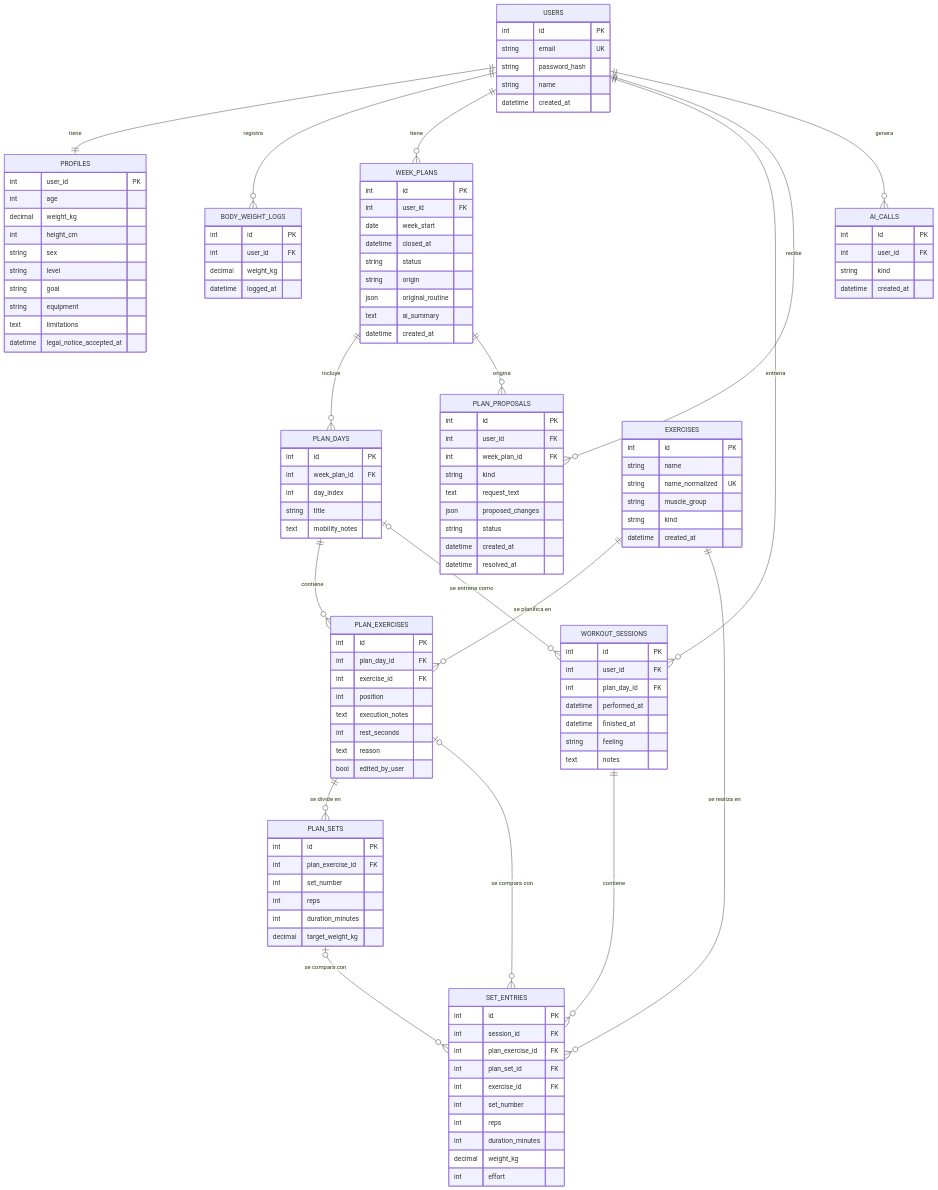
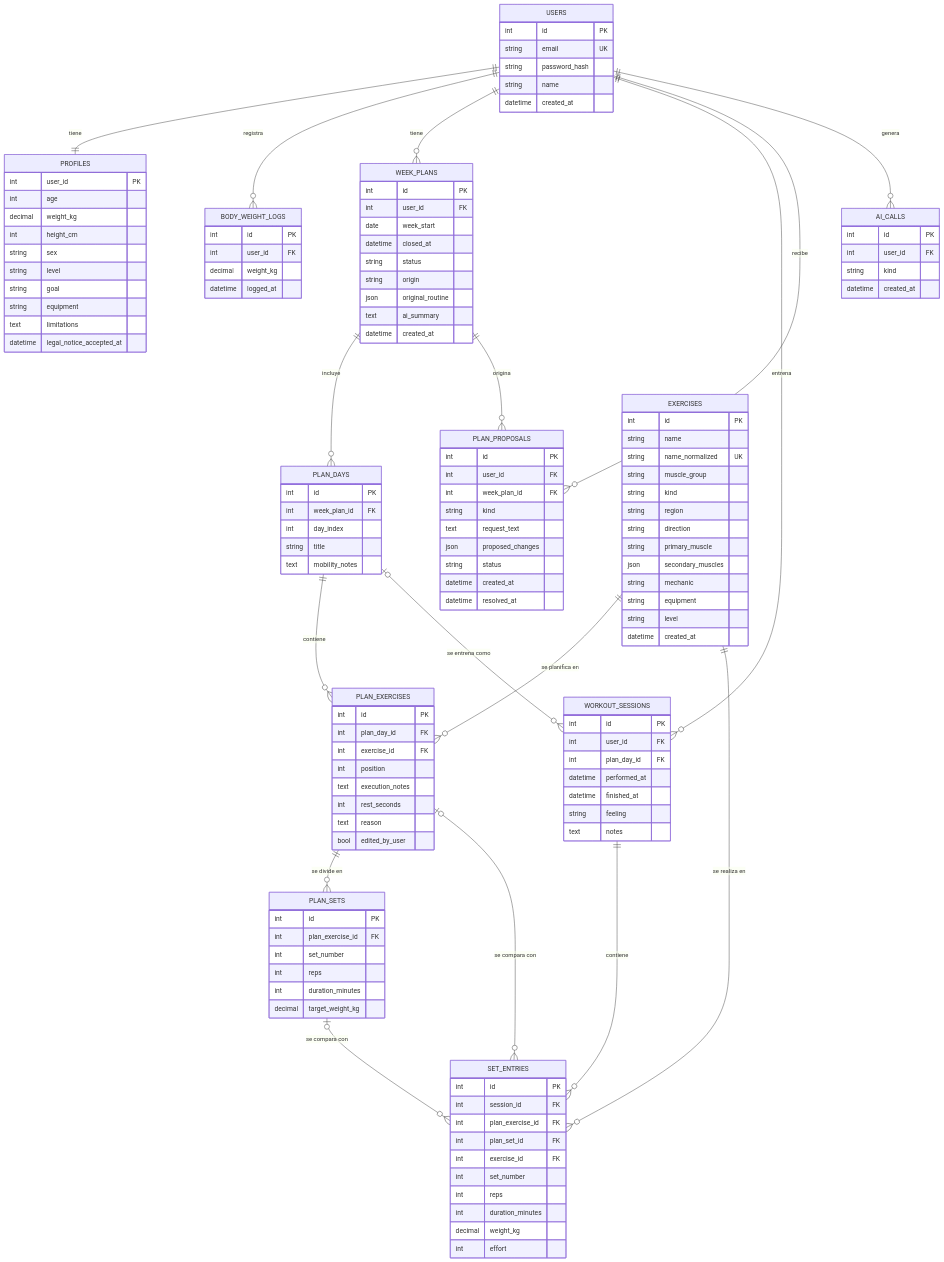
The diagram in docs/modelo-datos.md (Chogarn/Spotter), drawn with Mermaid before and after one commit. The commit also changed other lines of this file and 4 other files, not shown here.

```diff
--- a/docs/modelo-datos.md
+++ b/docs/modelo-datos.md
@@ -70,6 +71,13 @@
         string name_normalized UK
         string muscle_group
         string kind
+        string region
+        string direction
+        string primary_muscle
+        json secondary_muscles
+        string mechanic
+        string equipment
+        string level
         datetime created_at
     }
     WEEK_PLANS {
```
